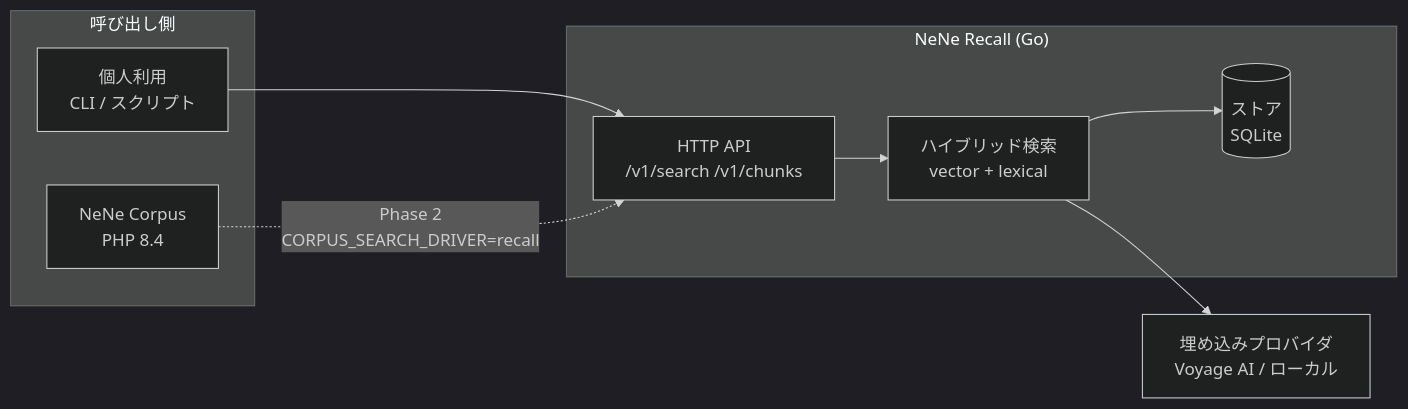
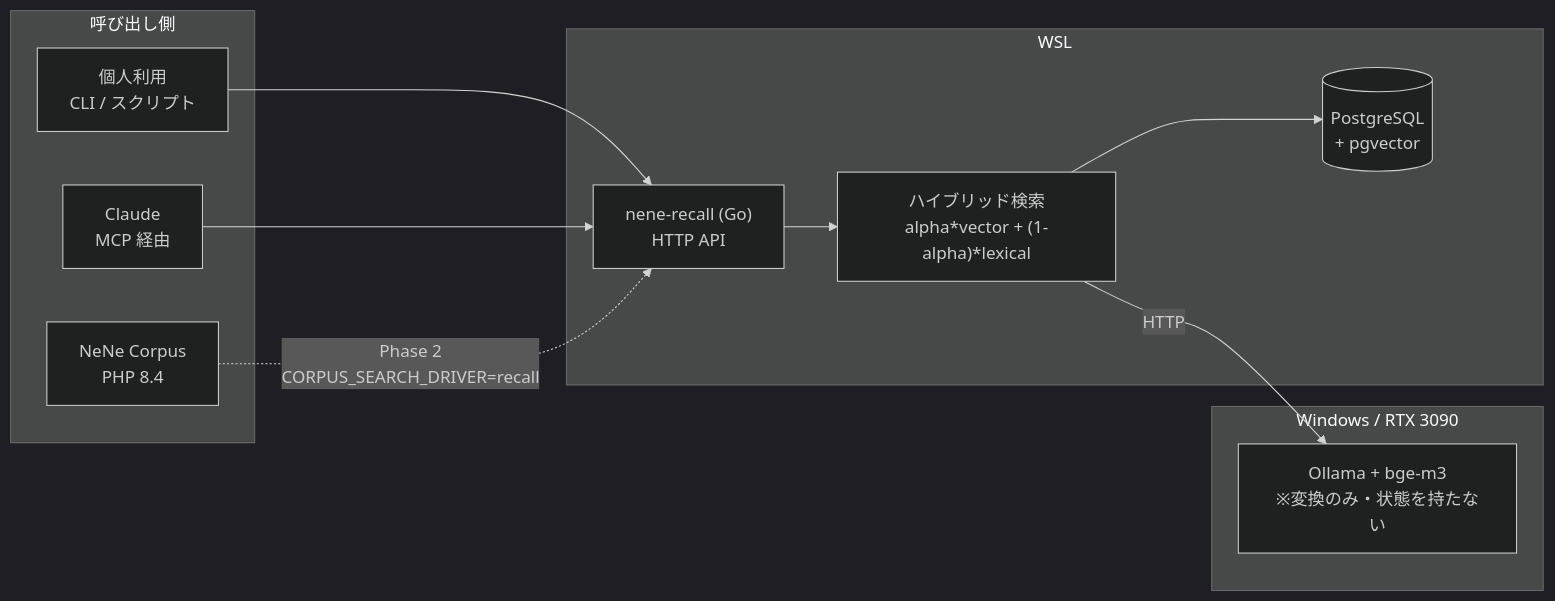
The first of 2 diagrams in docs/requirements.md (hideyukiMORI/nene-recall), drawn with Mermaid (dark theme) before and after one commit. The commit also changed other lines of this file and 13 other files, not shown here.

````diff
--- a/docs/requirements.md
+++ b/docs/requirements.md
@@ -85,20 +100,24 @@
 ```mermaid
 flowchart LR
   subgraph clients["呼び出し側"]
     P["個人利用<br/>CLI / スクリプト"]
+    CL["Claude<br/>MCP 経由"]
     C["NeNe Corpus<br/>PHP 8.4"]
   end
 
-  subgraph recall["NeNe Recall (Go)"]
-    API["HTTP API<br/>/v1/search /v1/chunks"]
-    HY["ハイブリッド検索<br/>vector + lexical"]
-    ST[("ストア<br/>SQLite")]
+  subgraph wsl["WSL"]
+    API["nene-recall (Go)<br/>HTTP API"]
+    HY["ハイブリッド検索<br/>alpha*vector + (1-alpha)*lexical"]
+    ST[("PostgreSQL<br/>+ pgvector")]
   end
 
-  EMB["埋め込みプロバイダ<br/>Voyage AI / ローカル"]
+  subgraph win["Windows / RTX 3090"]
+    OL["Ollama + bge-m3<br/>※変換のみ・状態を持たない"]
+  end
 
   P --> API
+  CL --> API
   C -.->|"Phase 2<br/>CORPUS_SEARCH_DRIVER=recall"| API
   API --> HY --> ST
-  HY --> EMB
+  HY -->|HTTP| OL
 ```
````
